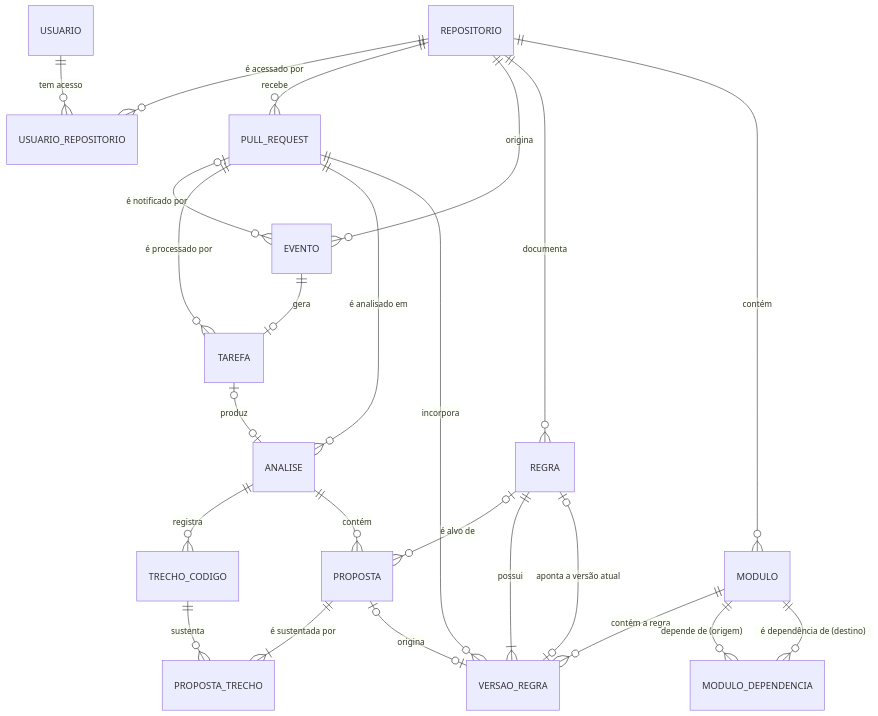
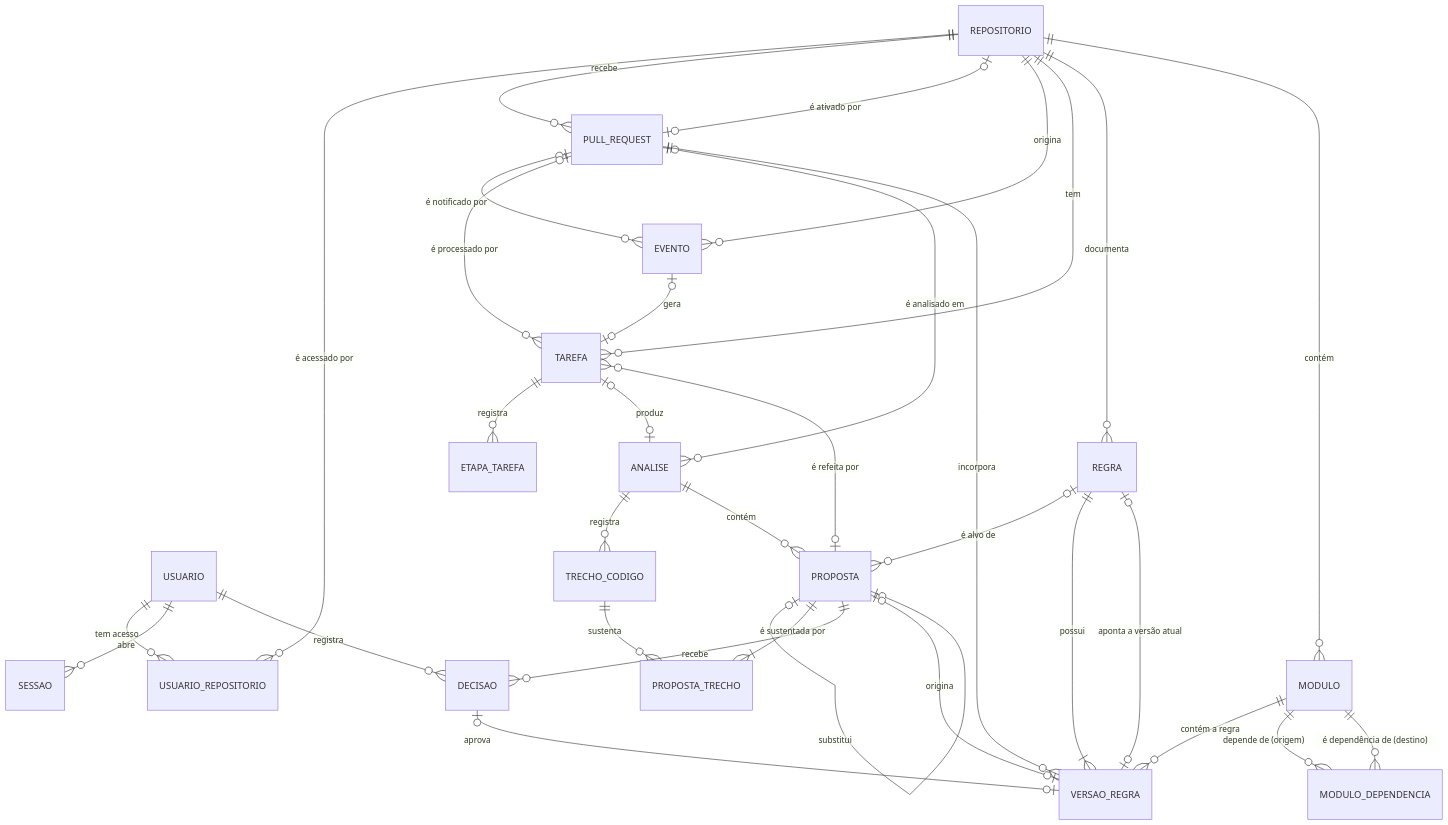
One commit to marleypm16/tcc changed the second of 2 diagrams in docs/arquitetura-tcc.md. Above: the diagram before and after it, drawn with Mermaid. The commit also changed other lines of this file and 7 other files, not shown here.

````diff
--- a/docs/arquitetura-tcc.md
+++ b/docs/arquitetura-tcc.md
@@ -374,26 +420,35 @@
 ```mermaid
 erDiagram
     USUARIO ||--o{ USUARIO_REPOSITORIO : "tem acesso"
     REPOSITORIO ||--o{ USUARIO_REPOSITORIO : "é acessado por"
+    USUARIO ||--o{ SESSAO : "abre"
     REPOSITORIO ||--o{ PULL_REQUEST : "recebe"
+    REPOSITORIO |o--o| PULL_REQUEST : "é ativado por"
     REPOSITORIO ||--o{ EVENTO : "origina"
     PULL_REQUEST |o--o{ EVENTO : "é notificado por"
-    EVENTO ||--o| TAREFA : "gera"
-    PULL_REQUEST ||--o{ TAREFA : "é processado por"
-    PULL_REQUEST ||--o{ ANALISE : "é analisado em"
+    EVENTO |o--o| TAREFA : "gera"
+    REPOSITORIO ||--o{ TAREFA : "tem"
+    PULL_REQUEST |o--o{ TAREFA : "é processado por"
+    PROPOSTA |o--o{ TAREFA : "é refeita por"
+    TAREFA ||--o{ ETAPA_TAREFA : "registra"
+    PULL_REQUEST |o--o{ ANALISE : "é analisado em"
     TAREFA |o--o| ANALISE : "produz"
     ANALISE ||--o{ TRECHO_CODIGO : "registra"
     ANALISE ||--o{ PROPOSTA : "contém"
+    PROPOSTA |o--o| PROPOSTA : "substitui"
     PROPOSTA ||--|{ PROPOSTA_TRECHO : "é sustentada por"
     TRECHO_CODIGO ||--o{ PROPOSTA_TRECHO : "sustenta"
+    PROPOSTA ||--o{ DECISAO : "recebe"
+    USUARIO ||--o{ DECISAO : "registra"
     REGRA |o--o{ PROPOSTA : "é alvo de"
     REPOSITORIO ||--o{ REGRA : "documenta"
     REGRA ||--|{ VERSAO_REGRA : "possui"
     REGRA |o--o| VERSAO_REGRA : "aponta a versão atual"
     PULL_REQUEST ||--o{ VERSAO_REGRA : "incorpora"
     PROPOSTA |o--o| VERSAO_REGRA : "origina"
+    DECISAO |o--o| VERSAO_REGRA : "aprova"
     MODULO ||--o{ VERSAO_REGRA : "contém a regra"
     REPOSITORIO ||--o{ MODULO : "contém"
     MODULO ||--o{ MODULO_DEPENDENCIA : "depende de (origem)"
     MODULO ||--o{ MODULO_DEPENDENCIA : "é dependência de (destino)"
 ```
````
